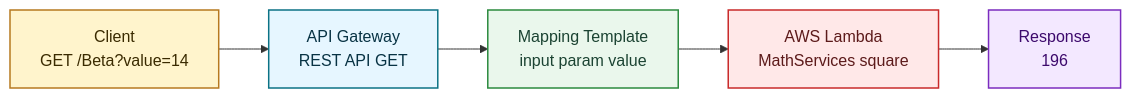
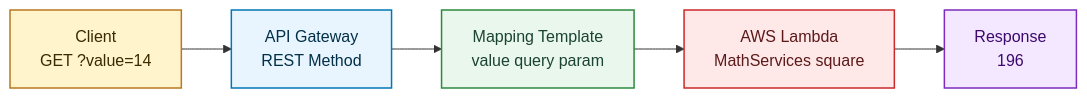
The diagram in README.md (AnderssonProgramming/aws-lambda-java-rest-api), drawn with Mermaid before and after one commit. The commit also changed other lines of this file, not shown here.

````diff
--- a/README.md
+++ b/README.md
@@ -216,19 +54,24 @@
 ```mermaid
 flowchart LR
-    A[Client<br/>GET /Beta?value=14] --> B[API Gateway<br/>REST API GET]
-    B --> C[Mapping Template<br/>input param value]
-    C --> D[AWS Lambda<br/>MathServices square]
-    D --> E[Response<br/>196]
+    C[Client
+GET ?value=14] --> G[API Gateway
+REST Method]
+    G --> M[Mapping Template
+value query param]
+    M --> L[AWS Lambda
+MathServices square]
+    L --> R[Response
+196]
 
-    classDef client fill:#FFF4CC,stroke:#B7791F,stroke-width:1.5px,color:#3A2A00;
-    classDef gateway fill:#E6F6FF,stroke:#0B7285,stroke-width:1.5px,color:#083344;
-    classDef mapping fill:#EAF7EC,stroke:#2B8A3E,stroke-width:1.5px,color:#1B4332;
-    classDef lambda fill:#FFE8E8,stroke:#C92A2A,stroke-width:1.5px,color:#5C1A1A;
-    classDef response fill:#F3E8FF,stroke:#7B2CBF,stroke-width:1.5px,color:#3C096C;
+    classDef client fill:#fff4cc,stroke:#b7791f,stroke-width:1.5px,color:#3a2a00;
+    classDef gateway fill:#e8f5ff,stroke:#0077b6,stroke-width:1.5px,color:#023047;
+    classDef mapping fill:#eaf7ec,stroke:#2b8a3e,stroke-width:1.5px,color:#1b4332;
+    classDef lambda fill:#ffe8e8,stroke:#c92a2a,stroke-width:1.5px,color:#5c1a1a;
+    classDef response fill:#f3e8ff,stroke:#7b2cbf,stroke-width:1.5px,color:#3c096c;
 
-    class A client;
-    class B gateway;
-    class C mapping;
-    class D lambda;
-    class E response;
+    class C client;
+    class G gateway;
+    class M mapping;
+    class L lambda;
+    class R response;
 ```
````
